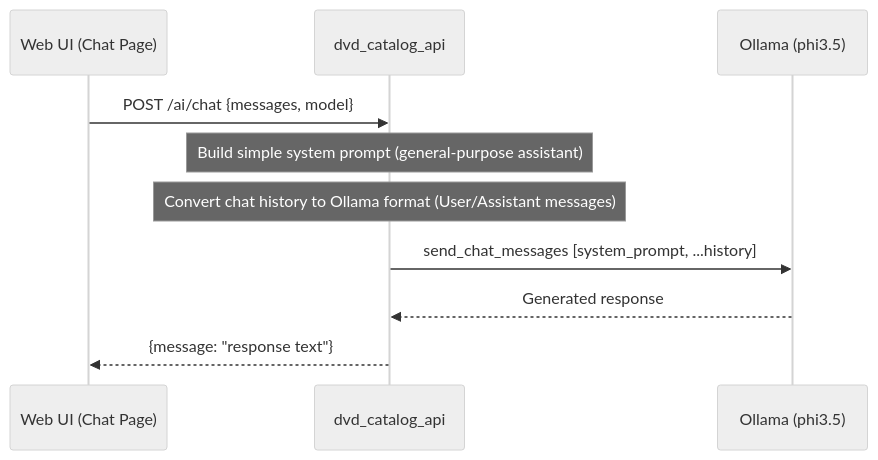
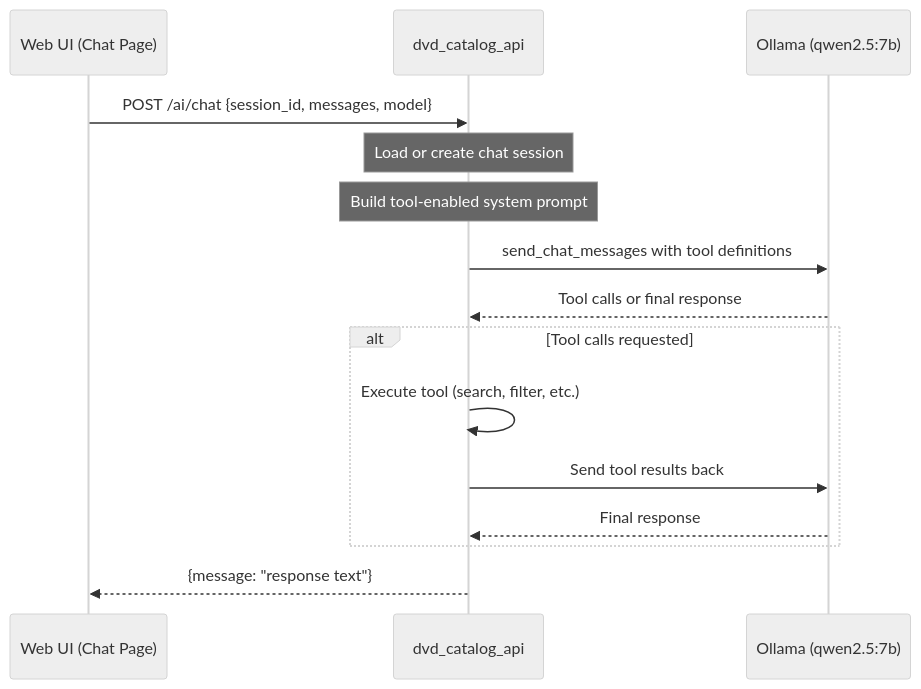
The second of 4 diagrams in Documentation/Diagrams/AI_CHAT_FLOW.md (1x2kb/dvd_categorize), drawn with Mermaid (neutral theme) before and after one commit. The commit also changed other lines of this file and 9 other files, not shown here.

````diff
--- a/Documentation/Diagrams/AI_CHAT_FLOW.md
+++ b/Documentation/Diagrams/AI_CHAT_FLOW.md
@@ -7,17 +42,22 @@
 ```mermaid
 sequenceDiagram
     participant User as Web UI (Chat Page)
     participant API as dvd_catalog_api
-    participant Ollama as Ollama (phi3.5)
+    participant Ollama as Ollama (qwen2.5:7b)
 
-    User->>API: POST /ai/chat {messages, model}
+    User->>API: POST /ai/chat {session_id, messages, model}
 
-    Note over API: Build simple system prompt (general-purpose assistant)
+    Note over API: Load or create chat session
+    Note over API: Build tool-enabled system prompt
 
-    Note over API: Convert chat history to Ollama format (User/Assistant messages)
+    API->>Ollama: send_chat_messages with tool definitions
+    Ollama-->>API: Tool calls or final response
 
-    API->>Ollama: send_chat_messages [system_prompt, ...history]
-    Ollama-->>API: Generated response
+    alt Tool calls requested
+        API->>API: Execute tool (search, filter, etc.)
+        API->>Ollama: Send tool results back
+        Ollama-->>API: Final response
+    end
 
     API-->>User: {message: "response text"}
 ```
````
